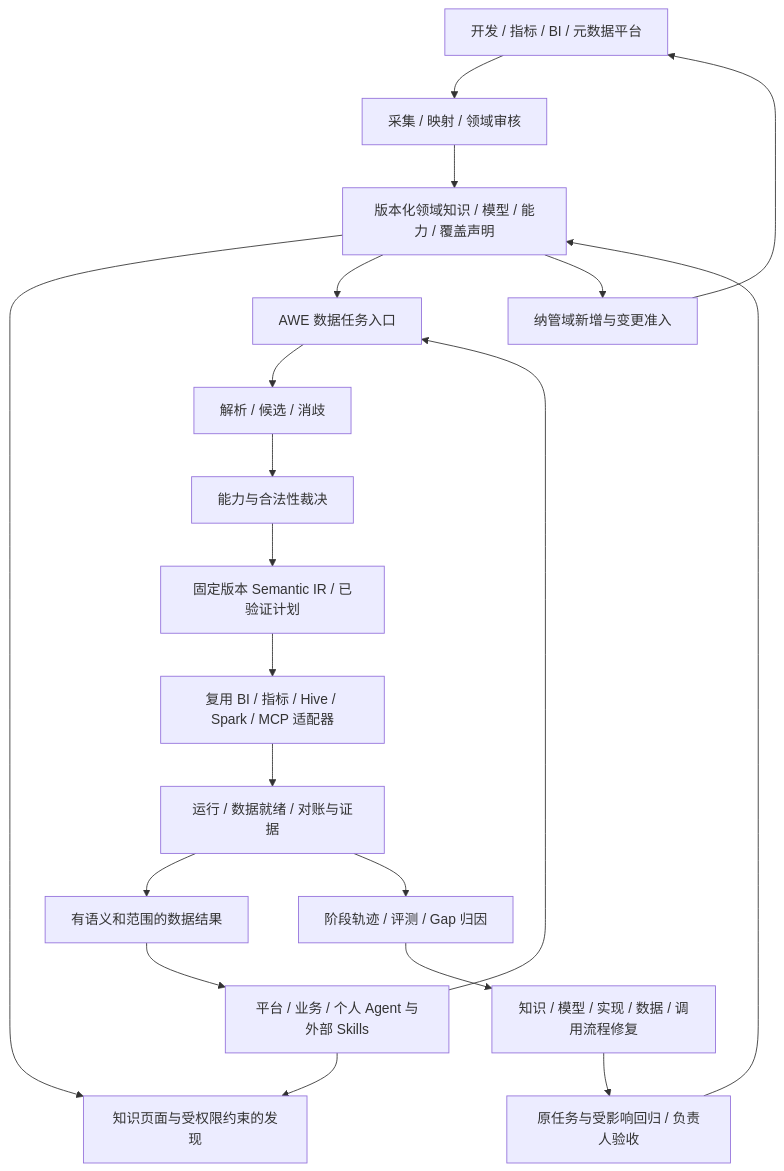
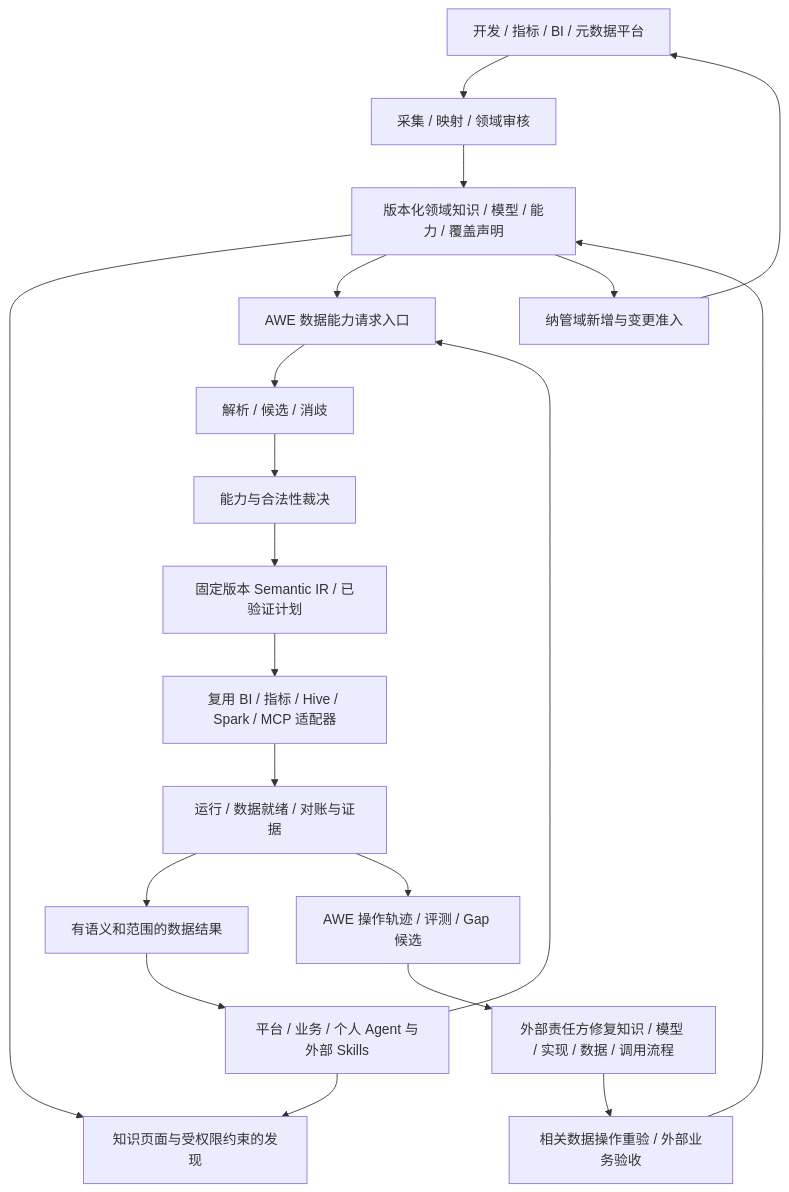
Before and after one commit to jioon/awe: the diagram in docs/architecture/adr-015-domain-knowledge-and-controlled-consumption.md, drawn with Mermaid. The commit also changed other lines of this file and 8 other files, not shown here.

````diff
--- a/docs/architecture/adr-015-domain-knowledge-and-controlled-consumption.md
+++ b/docs/architecture/adr-015-domain-knowledge-and-controlled-consumption.md
@@ -41,22 +43,22 @@
 ```mermaid
 flowchart TD
     Platforms[开发 / 指标 / BI / 元数据平台] --> Ingest[采集 / 映射 / 领域审核]
     Ingest --> Models[版本化领域知识 / 模型 / 能力 / 覆盖声明]
     Models --> Discovery[知识页面与受权限约束的发现]
     Agents[平台 / 业务 / 个人 Agent 与外部 Skills] --> Discovery
-    Agents --> Task[AWE 数据任务入口]
+    Agents --> Task[AWE 数据能力请求入口]
     Models --> Task
     Task --> Resolve[解析 / 候选 / 消歧]
     Resolve --> Assess[能力与合法性裁决]
     Assess --> Plan[固定版本 Semantic IR / 已验证计划]
     Plan --> Execute[复用 BI / 指标 / Hive / Spark / MCP 适配器]
     Execute --> Verify[运行 / 数据就绪 / 对账与证据]
     Verify --> Result[有语义和范围的数据结果]
     Result --> Agents
-    Verify --> Trace[阶段轨迹 / 评测 / Gap 归因]
-    Trace --> Repair[知识 / 模型 / 实现 / 数据 / 调用流程修复]
-    Repair --> Regression[原任务与受影响回归 / 负责人验收]
+    Verify --> Trace[AWE 操作轨迹 / 评测 / Gap 候选]
+    Trace --> Repair[外部责任方修复知识 / 模型 / 实现 / 数据 / 调用流程]
+    Repair --> Regression[相关数据操作重验 / 外部业务验收]
     Regression --> Models
     Models --> Admission[纳管域新增与变更准入]
     Admission --> Platforms
 ```
````
